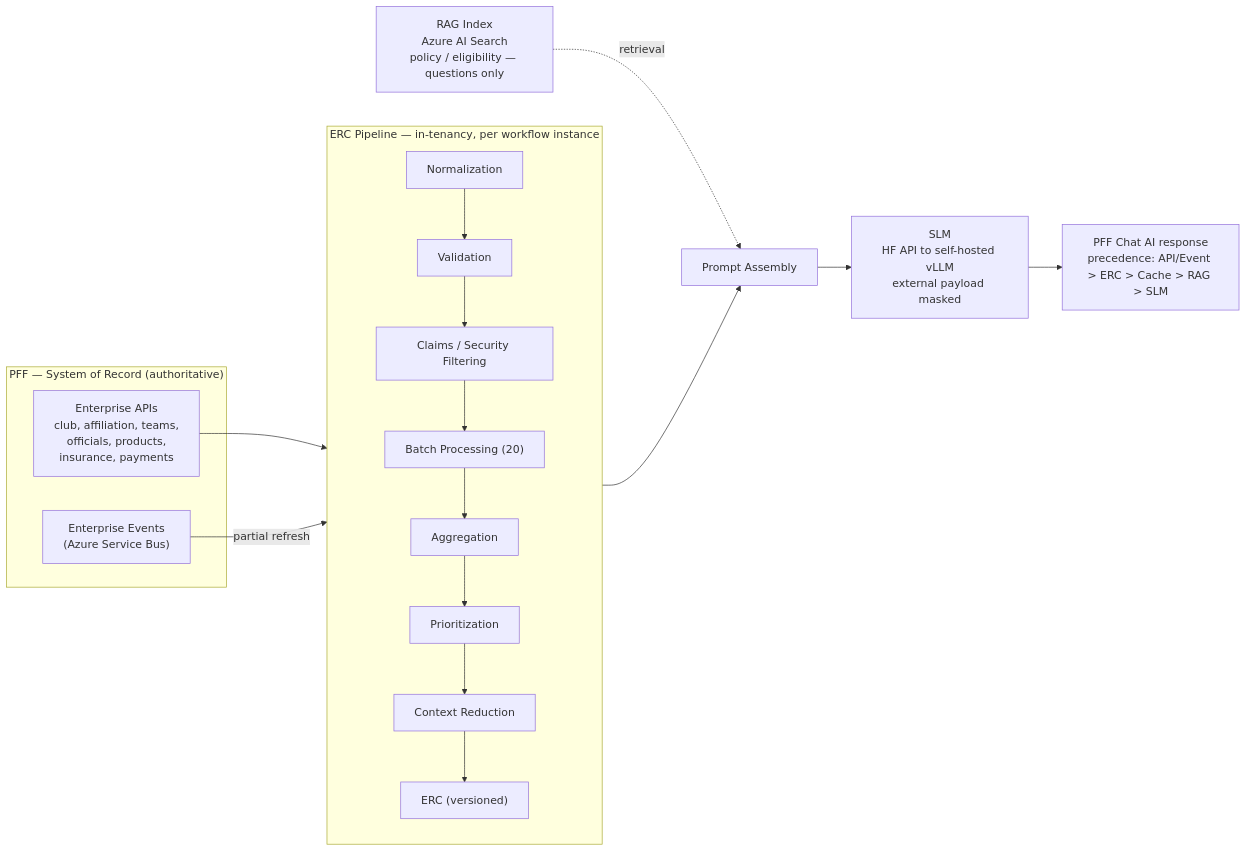
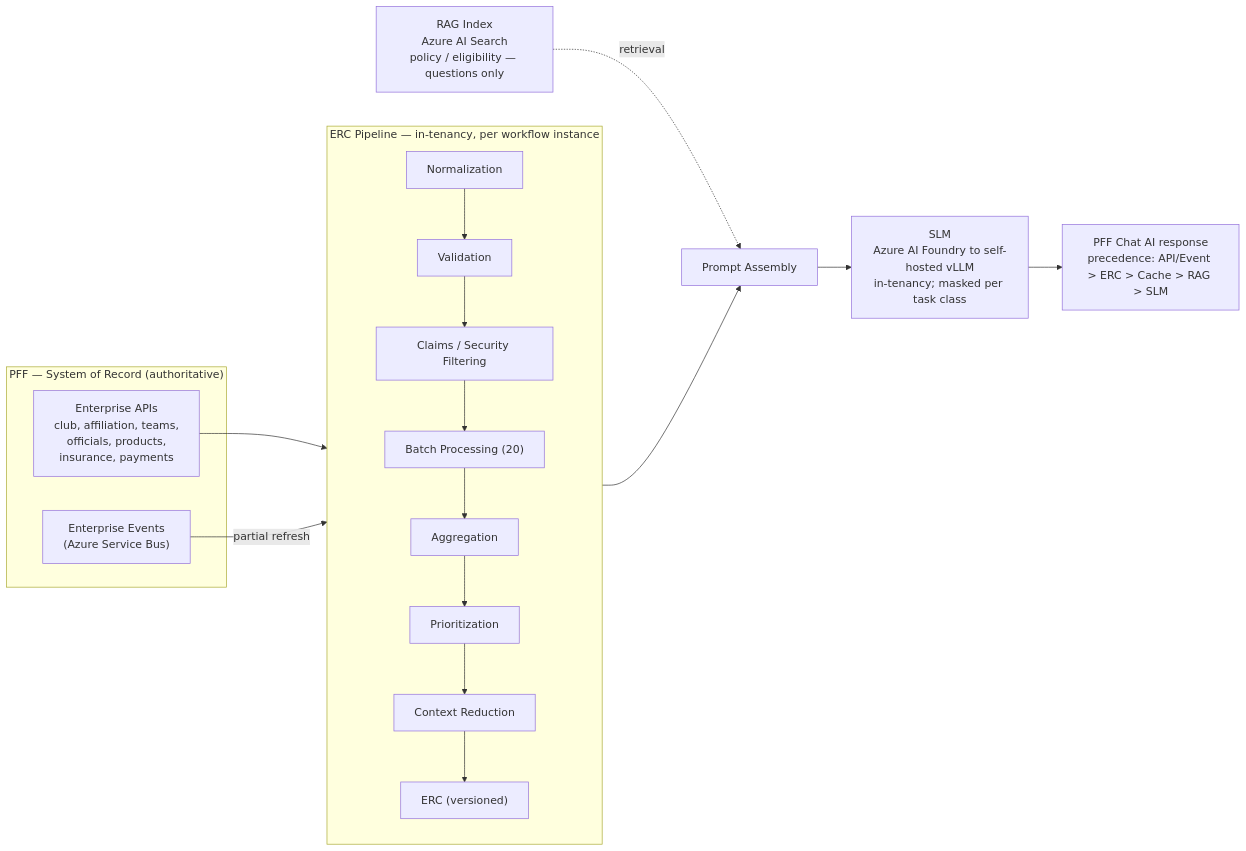
Before and after one commit to gobimca87/PF-FT: the first of 3 diagrams in docs/architecture/sad/PFF-AI-SAD.md, drawn with Mermaid. The commit also changed other lines of this file and 19 other files, not shown here.

````diff
--- a/docs/architecture/sad/PFF-AI-SAD.md
+++ b/docs/architecture/sad/PFF-AI-SAD.md
@@ -264,23 +267,23 @@
 ```mermaid
 flowchart LR
     subgraph SoR["PFF — System of Record (authoritative)"]
         API["Enterprise APIs<br/>club, affiliation, teams,<br/>officials, products,<br/>insurance, payments"]
         EVT["Enterprise Events<br/>(Azure Service Bus)"]
     end
 
     subgraph Pipe["ERC Pipeline — in-tenancy, per workflow instance"]
         direction TB
         N["Normalization"] --> V["Validation"] --> C["Claims / Security Filtering"]
         C --> B["Batch Processing (20)"] --> AG["Aggregation"] --> PR["Prioritization"] --> RD["Context Reduction"]
         RD --> ERCv["ERC (versioned)"]
     end
 
     RAG["RAG Index<br/>Azure AI Search<br/>policy / eligibility — questions only"]
 
     API --> N
     EVT -->|partial refresh| ERCv
     ERCv --> PA["Prompt Assembly"]
     RAG -. retrieval .-> PA
-    PA --> SLM["SLM<br/>HF API to self-hosted vLLM<br/>external payload masked"]
+    PA --> SLM["SLM<br/>Azure AI Foundry to self-hosted vLLM<br/>in-tenancy; masked per task class"]
     SLM --> OUT["PFF Chat AI response<br/>precedence: API/Event &gt; ERC &gt; Cache &gt; RAG &gt; SLM"]
 ```
````
